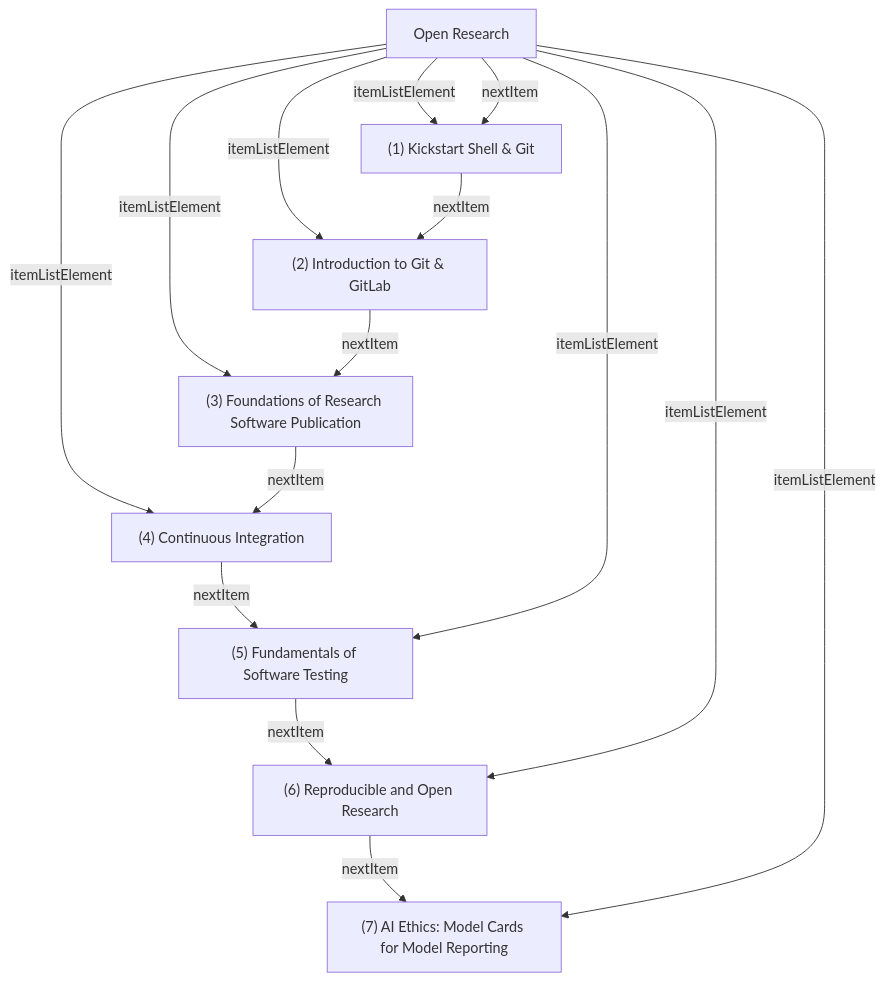
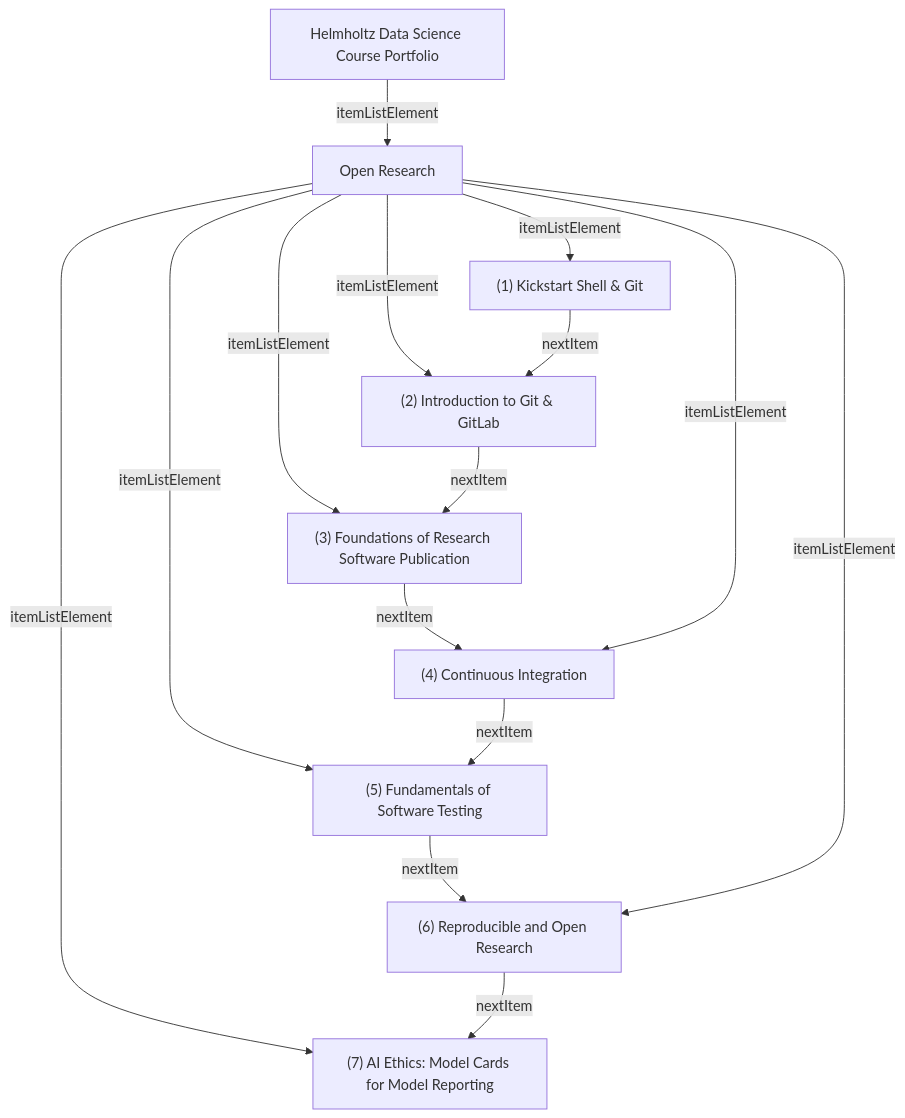
Before and after one commit to BioSchemas/LearningPath-sandbox: the third of 6 diagrams in README.md, drawn with Mermaid. The commit also changed other lines of this file and 1 other file, not shown here.

````diff
--- a/README.md
+++ b/README.md
@@ -198,45 +285,45 @@
 ```mermaid
 graph TD
 N1["Open Research"]
 N4["(3) Foundations of Research Software Publication"]
 N1 -- itemListElement --> N4
 N1["Open Research"]
+N3["(2) Introduction to Git & GitLab"]
+N1 -- itemListElement --> N3
+N1["Open Research"]
+N6["(5) Fundamentals of Software Testing"]
+N1 -- itemListElement --> N6
 N2["(1) Kickstart Shell & Git"]
-N1 -- itemListElement --> N2
+N3["(2) Introduction to Git & GitLab"]
+N2 -- nextItem --> N3
+N0["Helmholtz Data Science Course Portfolio"]
+N1["Open Research"]
+N0 -- itemListElement --> N1
+N4["(3) Foundations of Research Software Publication"]
+N5["(4) Continuous Integration"]
+N4 -- nextItem --> N5
+N1["Open Research"]
+N8["(7) AI Ethics: Model Cards for Model Reporting"]
+N1 -- itemListElement --> N8
+N6["(5) Fundamentals of Software Testing"]
+N7["(6) Reproducible and Open Research"]
+N6 -- nextItem --> N7
 N1["Open Research"]
 N5["(4) Continuous Integration"]
 N1 -- itemListElement --> N5
+N1["Open Research"]
+N7["(6) Reproducible and Open Research"]
+N1 -- itemListElement --> N7
+N1["Open Research"]
+N2["(1) Kickstart Shell & Git"]
+N1 -- itemListElement --> N2
+N3["(2) Introduction to Git & GitLab"]
 N4["(3) Foundations of Research Software Publication"]
-N5["(4) Continuous Integration"]
-N4 -- nextItem --> N5
-N6["(5) Fundamentals of Software Testing"]
-N7["(6) Reproducible and Open Research"]
-N6 -- nextItem --> N7
+N3 -- nextItem --> N4
 N5["(4) Continuous Integration"]
 N6["(5) Fundamentals of Software Testing"]
 N5 -- nextItem --> N6
 N7["(6) Reproducible and Open Research"]
 N8["(7) AI Ethics: Model Cards for Model Reporting"]
 N7 -- nextItem --> N8
-N1["Open Research"]
-N6["(5) Fundamentals of Software Testing"]
-N1 -- itemListElement --> N6
-N1["Open Research"]
-N7["(6) Reproducible and Open Research"]
-N1 -- itemListElement --> N7
-N3["(2) Introduction to Git & GitLab"]
-N4["(3) Foundations of Research Software Publication"]
-N3 -- nextItem --> N4
-N1["Open Research"]
-N2["(1) Kickstart Shell & Git"]
-N1 -- nextItem --> N2
-N1["Open Research"]
-N3["(2) Introduction to Git & GitLab"]
-N1 -- itemListElement --> N3
-N1["Open Research"]
-N8["(7) AI Ethics: Model Cards for Model Reporting"]
-N1 -- itemListElement --> N8
-N2["(1) Kickstart Shell & Git"]
-N3["(2) Introduction to Git & GitLab"]
-N2 -- nextItem --> N3
 ```
````
